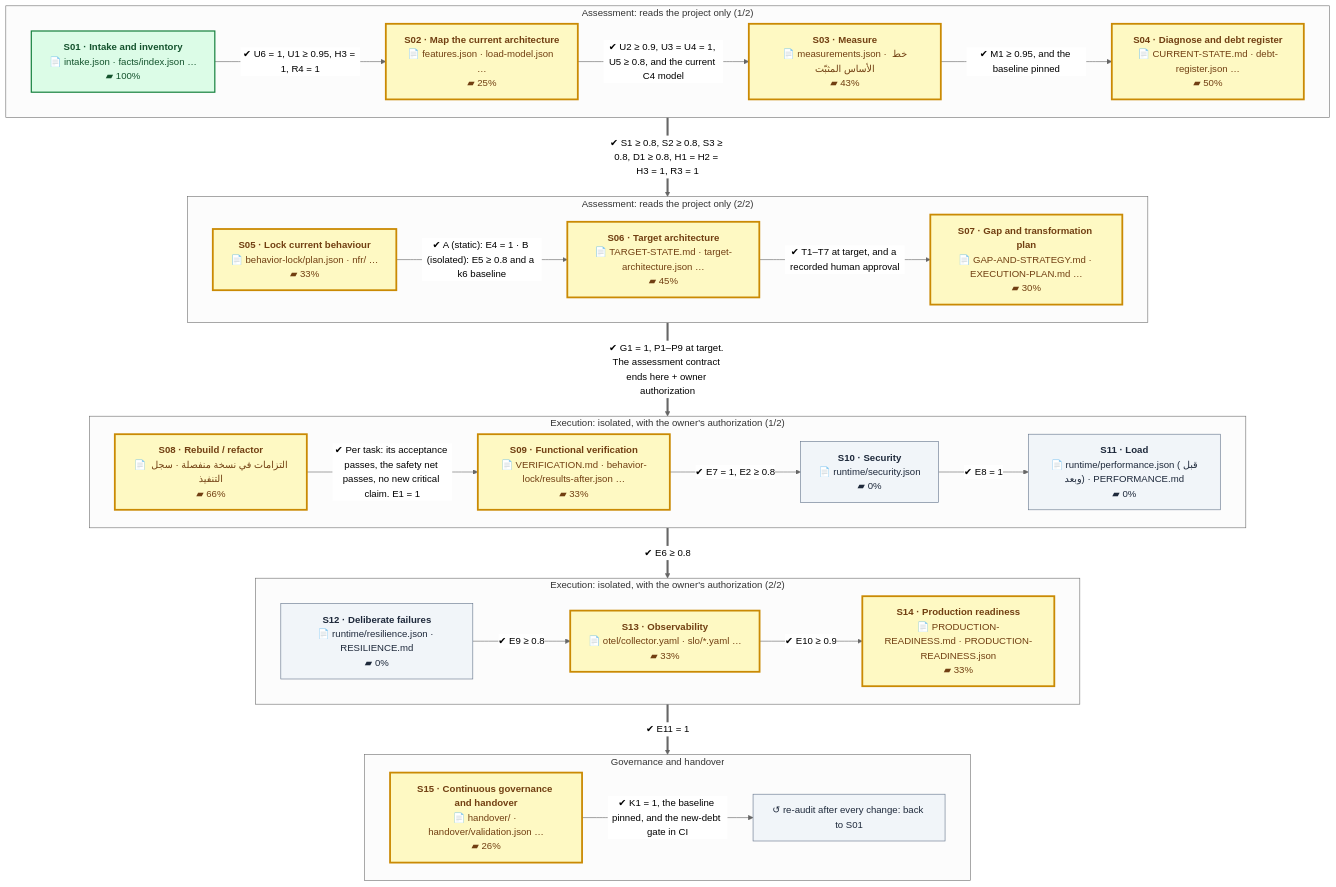
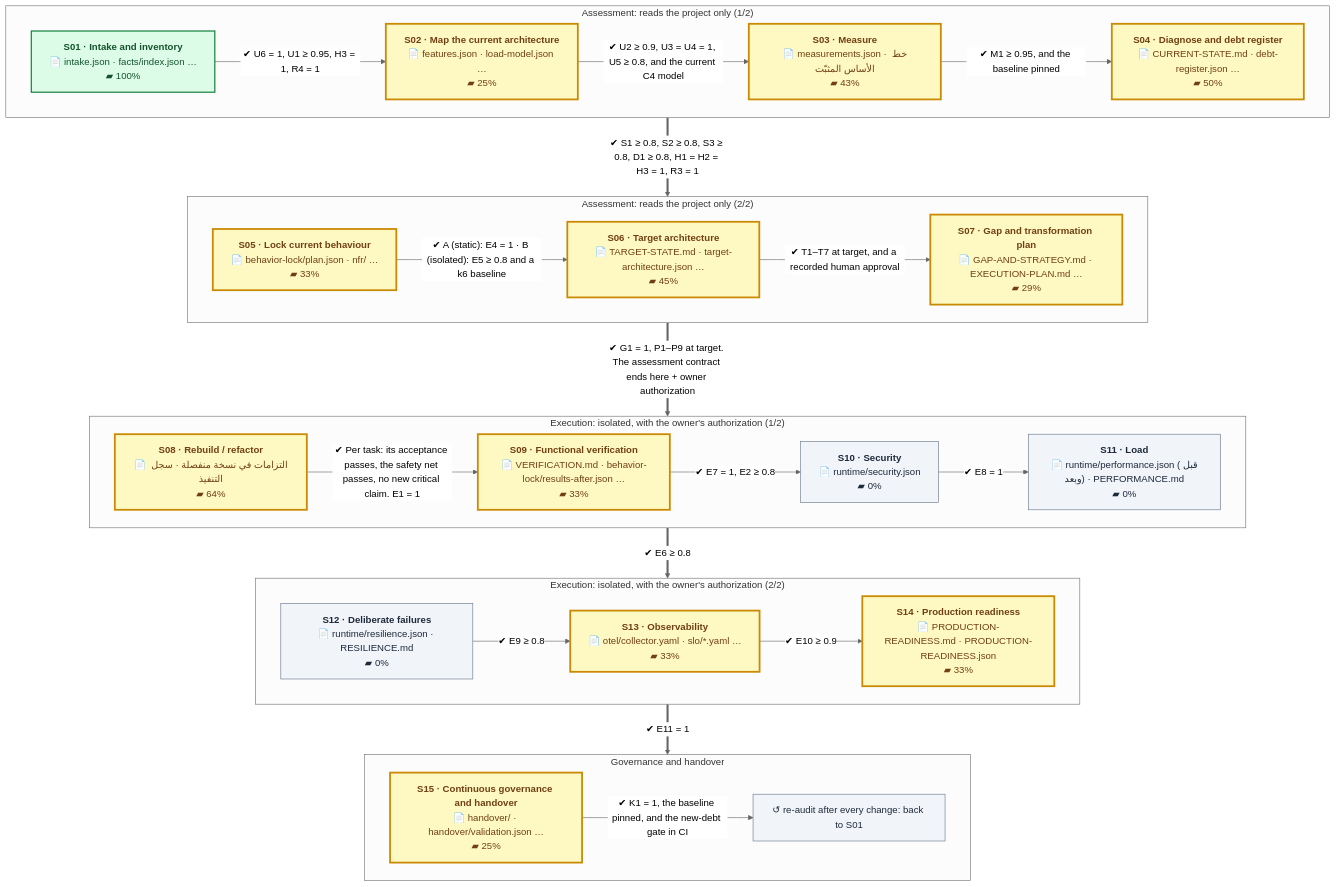
The first of 2 diagrams in README.en.md (eom1417/engineering-audit-os), drawn with Mermaid (neutral theme) before and after one commit. The commit also changed other lines of this file and 13 other files, not shown here.

````diff
--- a/README.en.md
+++ b/README.en.md
@@ -52,54 +52,54 @@
 ```mermaid
 %%{init: {'flowchart': {'wrappingWidth': 260, 'nodeSpacing': 40, 'rankSpacing': 60}}}%%
 flowchart TB
     subgraph P1["Assessment: reads the project only (1/2)"]
         direction LR
         S01["<b>S01 · Intake and inventory</b><br/>📄 intake.json · facts/index.json …<br/>▰ 100%"]:::done
         S02["<b>S02 · Map the current architecture</b><br/>📄 features.json · load-model.json …<br/>▰ 25%"]:::current
         S03["<b>S03 · Measure</b><br/>📄 measurements.json · خط الأساس المثبّت<br/>▰ 43%"]:::current
         S04["<b>S04 · Diagnose and debt register</b><br/>📄 CURRENT-STATE.md · debt-register.json …<br/>▰ 50%"]:::current
         S01 -->|"✔ U6 = 1, U1 ≥ 0.95, H3 = 1, R4 = 1"| S02
         S02 -->|"✔ U2 ≥ 0.9, U3 = U4 = 1, U5 ≥ 0.8, and the current C4 model"| S03
         S03 -->|"✔ M1 ≥ 0.95, and the baseline pinned"| S04
     end
     subgraph P2["Assessment: reads the project only (2/2)"]
         direction LR
         S05["<b>S05 · Lock current behaviour</b><br/>📄 behavior-lock/plan.json · nfr/ …<br/>▰ 33%"]:::current
         S06["<b>S06 · Target architecture</b><br/>📄 TARGET-STATE.md · target-architecture.json …<br/>▰ 45%"]:::current
-        S07["<b>S07 · Gap and transformation plan</b><br/>📄 GAP-AND-STRATEGY.md · EXECUTION-PLAN.md …<br/>▰ 30%"]:::current
+        S07["<b>S07 · Gap and transformation plan</b><br/>📄 GAP-AND-STRATEGY.md · EXECUTION-PLAN.md …<br/>▰ 29%"]:::current
         S05 -->|"✔ A (static): E4 = 1 · B (isolated): E5 ≥ 0.8 and a k6 baseline"| S06
         S06 -->|"✔ T1–T7 at target, and a recorded human approval"| S07
     end
     subgraph P3["Execution: isolated, with the owner's authorization (1/2)"]
         direction LR
-        S08["<b>S08 · Rebuild / refactor</b><br/>📄 التزامات في نسخة منفصلة · سجل التنفيذ<br/>▰ 66%"]:::current
+        S08["<b>S08 · Rebuild / refactor</b><br/>📄 التزامات في نسخة منفصلة · سجل التنفيذ<br/>▰ 64%"]:::current
         S09["<b>S09 · Functional verification</b><br/>📄 VERIFICATION.md · behavior-lock/results-after.json …<br/>▰ 33%"]:::current
         S10["<b>S10 · Security</b><br/>📄 runtime/security.json<br/>▰ 0%"]:::next
         S11["<b>S11 · Load</b><br/>📄 runtime/performance.json (قبل وبعد) · PERFORMANCE.md<br/>▰ 0%"]:::next
         S08 -->|"✔ Per task: its acceptance passes, the safety net passes, no new critical claim. E1 = 1"| S09
         S09 -->|"✔ E7 = 1, E2 ≥ 0.8"| S10
         S10 -->|"✔ E8 = 1"| S11
     end
     subgraph P4["Execution: isolated, with the owner's authorization (2/2)"]
         direction LR
         S12["<b>S12 · Deliberate failures</b><br/>📄 runtime/resilience.json · RESILIENCE.md<br/>▰ 0%"]:::next
         S13["<b>S13 · Observability</b><br/>📄 otel/collector.yaml · slo/*.yaml …<br/>▰ 33%"]:::current
         S14["<b>S14 · Production readiness</b><br/>📄 PRODUCTION-READINESS.md · PRODUCTION-READINESS.json<br/>▰ 33%"]:::current
         S12 -->|"✔ E9 ≥ 0.8"| S13
         S13 -->|"✔ E10 ≥ 0.9"| S14
     end
     subgraph P5["Governance and handover"]
         direction LR
-        S15["<b>S15 · Continuous governance and handover</b><br/>📄 handover/ · handover/validation.json …<br/>▰ 26%"]:::current
+        S15["<b>S15 · Continuous governance and handover</b><br/>📄 handover/ · handover/validation.json …<br/>▰ 25%"]:::current
         LOOP["↺ re-audit after every change: back to S01"]:::next
         S15 -->|"✔ K1 = 1, the baseline pinned, and the new-debt gate in CI"| LOOP
     end
     P1 ==>|"✔ S1 ≥ 0.8, S2 ≥ 0.8, S3 ≥ 0.8, D1 ≥ 0.8, H1 = H2 = H3 = 1, R3 = 1"| P2
     P2 ==>|"✔ G1 = 1, P1–P9 at target. The assessment contract ends here + owner authorization"| P3
     P3 ==>|"✔ E6 ≥ 0.8"| P4
     P4 ==>|"✔ E11 = 1"| P5
     classDef done fill:#dcfce7,stroke:#15803d,color:#14532d,stroke-width:2px
     classDef current fill:#fef9c3,stroke:#ca8a04,color:#713f12,stroke-width:3px
     classDef next fill:#f1f5f9,stroke:#64748b,color:#1e293b
     classDef owner fill:#fee2e2,stroke:#b91c1c,color:#7f1d1d,stroke-dasharray:5 3
 ```
````
